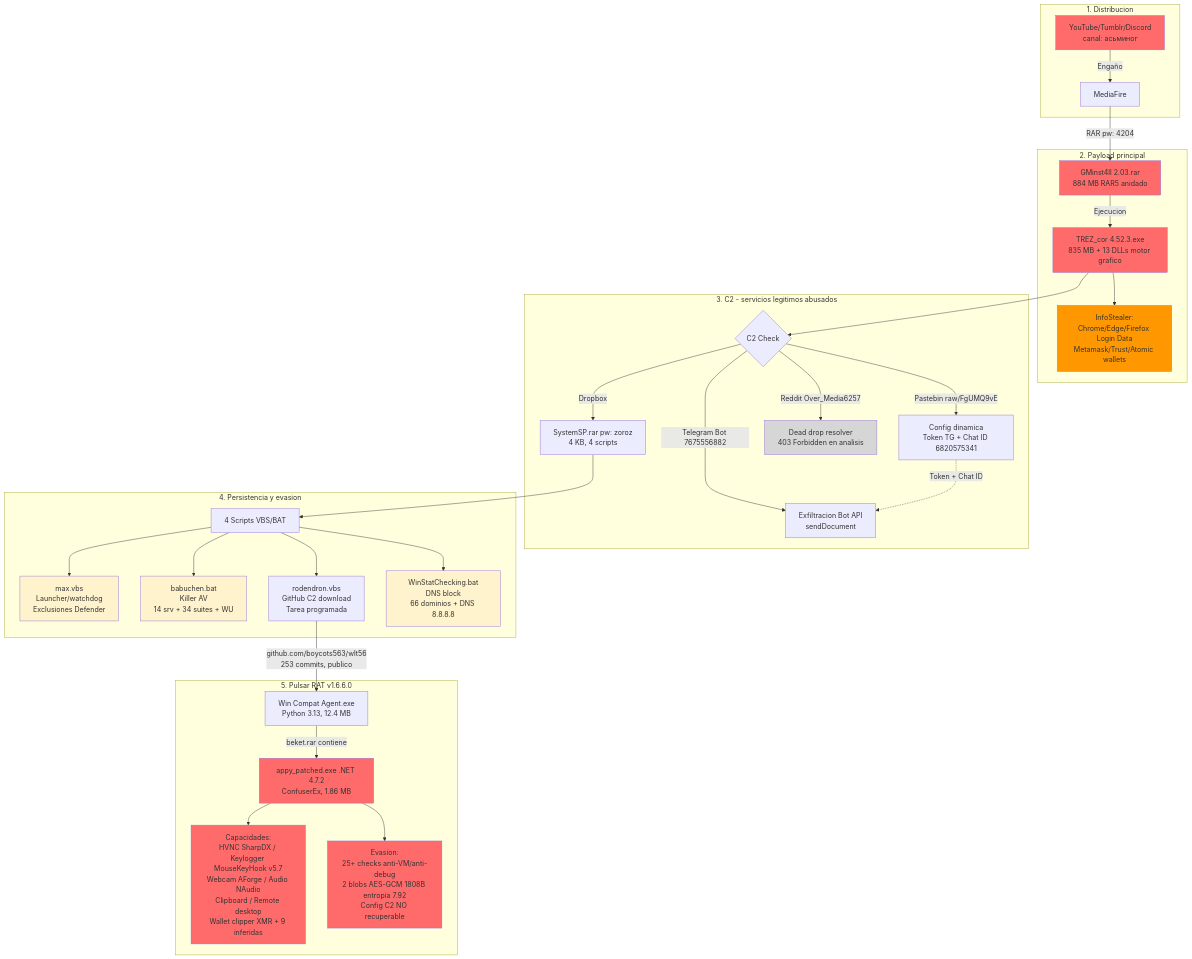
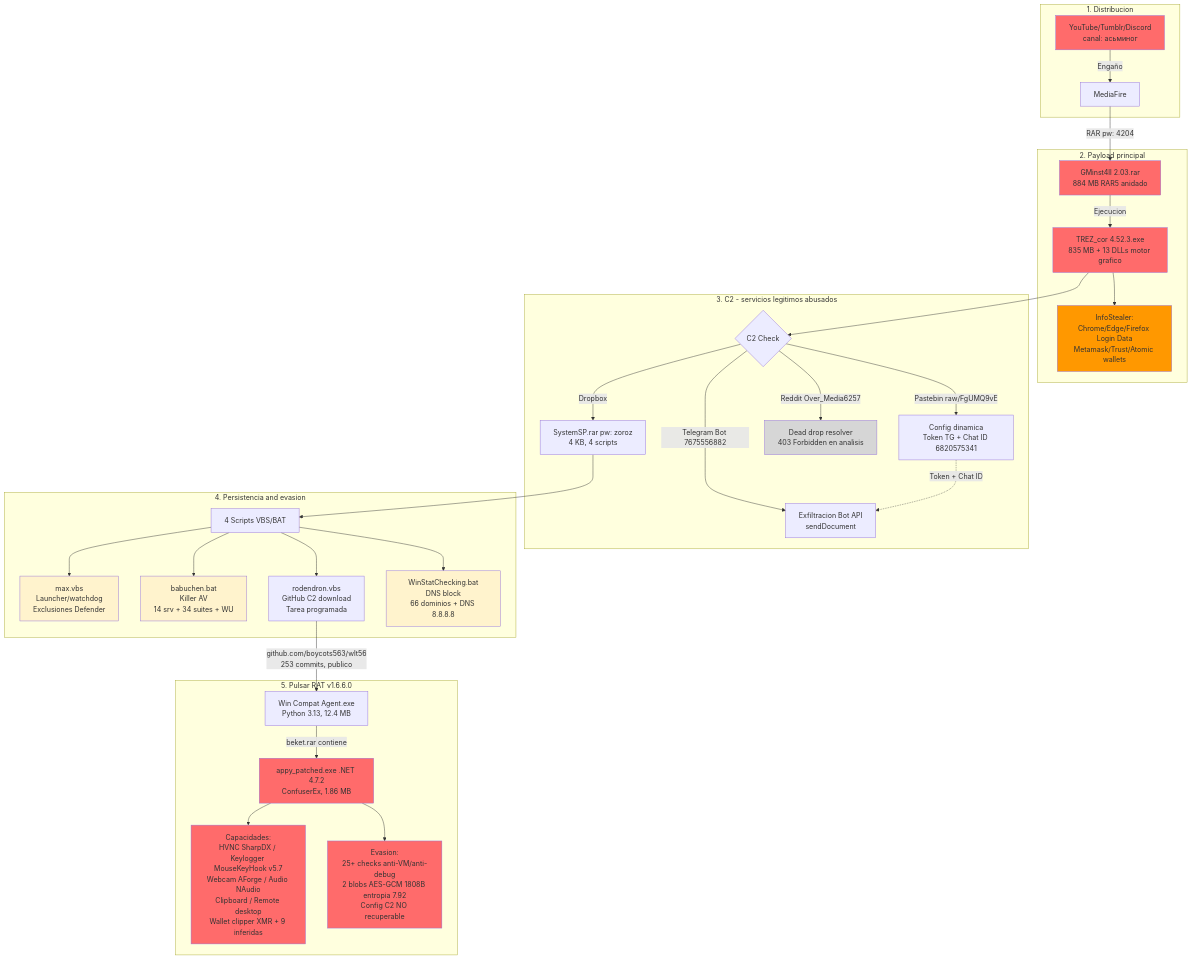
Diagram 15 of 22 in docs/02-architecture.md (alesanfe/soar-ransomware-lab), drawn with Mermaid before and after one commit. The commit also changed other lines of this file and 1 other file, not shown here.

Commit message:
docs: fix Mermaid labels Spanish 'y'->'and', 'o'->'or' for consistency

````diff
--- a/docs/02-architecture.md
+++ b/docs/02-architecture.md
@@ -3255,43 +3255,43 @@
 ```mermaid
 graph TD
  subgraph Distrib["1. Distribucion"]
    A[YouTube/Tumblr/Discord<br/>canal: асьминог] -->|Engaño| B[MediaFire]
  end
  subgraph Payload["2. Payload principal"]
    B -->|RAR pw: 4204| C[GMinst4ll 2.03.rar<br/>884 MB RAR5 anidado]
    C -->|Ejecucion| D[TREZ_cor 4.52.3.exe<br/>835 MB + 13 DLLs motor grafico]
    D --> S[InfoStealer:<br/>Chrome/Edge/Firefox Login Data<br/>Metamask/Trust/Atomic wallets]
  end
  subgraph C2["3. C2 - servicios legitimos abusados"]
    D --> E{C2 Check}
    E -->|Pastebin raw/FgUMQ9vE| F[Config dinamica<br/>Token TG + Chat ID 6820575341]
    E -->|Dropbox| G[SystemSP.rar pw: zoroz<br/>4 KB, 4 scripts]
    E -->|Reddit Over_Media6257| H[Dead drop resolver<br/>403 Forbidden en analisis]
    E -->|Telegram Bot 7675556882| I[Exfiltracion Bot API<br/>sendDocument]
    F -.->|Token + Chat ID| I
  end
- subgraph Persist["4. Persistencia y evasion"]
+ subgraph Persist["4. Persistencia and evasion"]
    G --> J[4 Scripts VBS/BAT]
    J --> K[max.vbs<br/>Launcher/watchdog<br/>Exclusiones Defender]
    J --> L[babuchen.bat<br/>Killer AV<br/>14 srv + 34 suites + WU]
    J --> M[rodendron.vbs<br/>GitHub C2 download<br/>Tarea programada]
    J --> N[WinStatChecking.bat<br/>DNS block<br/>66 dominios + DNS 8.8.8.8]
  end
  subgraph RAT["5. Pulsar RAT v1.6.6.0"]
    M -->|github.com/boycots563/wlt56<br/>253 commits, publico| O[Win Compat Agent.exe<br/>Python 3.13, 12.4 MB]
    O -->|beket.rar contiene| P[appy_patched.exe .NET 4.7.2<br/>ConfuserEx, 1.86 MB]
    P --> Q[Capacidades:<br/>HVNC SharpDX / Keylogger MouseKeyHook v5.7<br/>Webcam AForge / Audio NAudio<br/>Clipboard / Remote desktop<br/>Wallet clipper XMR + 9 inferidas]
    P --> R[Evasion:<br/>25+ checks anti-VM/anti-debug<br/>2 blobs AES-GCM 1808B entropia 7.92<br/>Config C2 NO recuperable]
  end
  style A fill:#ff6b6b
  style C fill:#ff6b6b
  style D fill:#ff6b6b
  style S fill:#ff9800
  style P fill:#ff6b6b
  style Q fill:#ff6b6b
  style R fill:#ff6b6b
  style K fill:#fff3cd
  style L fill:#fff3cd
  style N fill:#fff3cd
  style H fill:#d6d6d6
 ```
````
